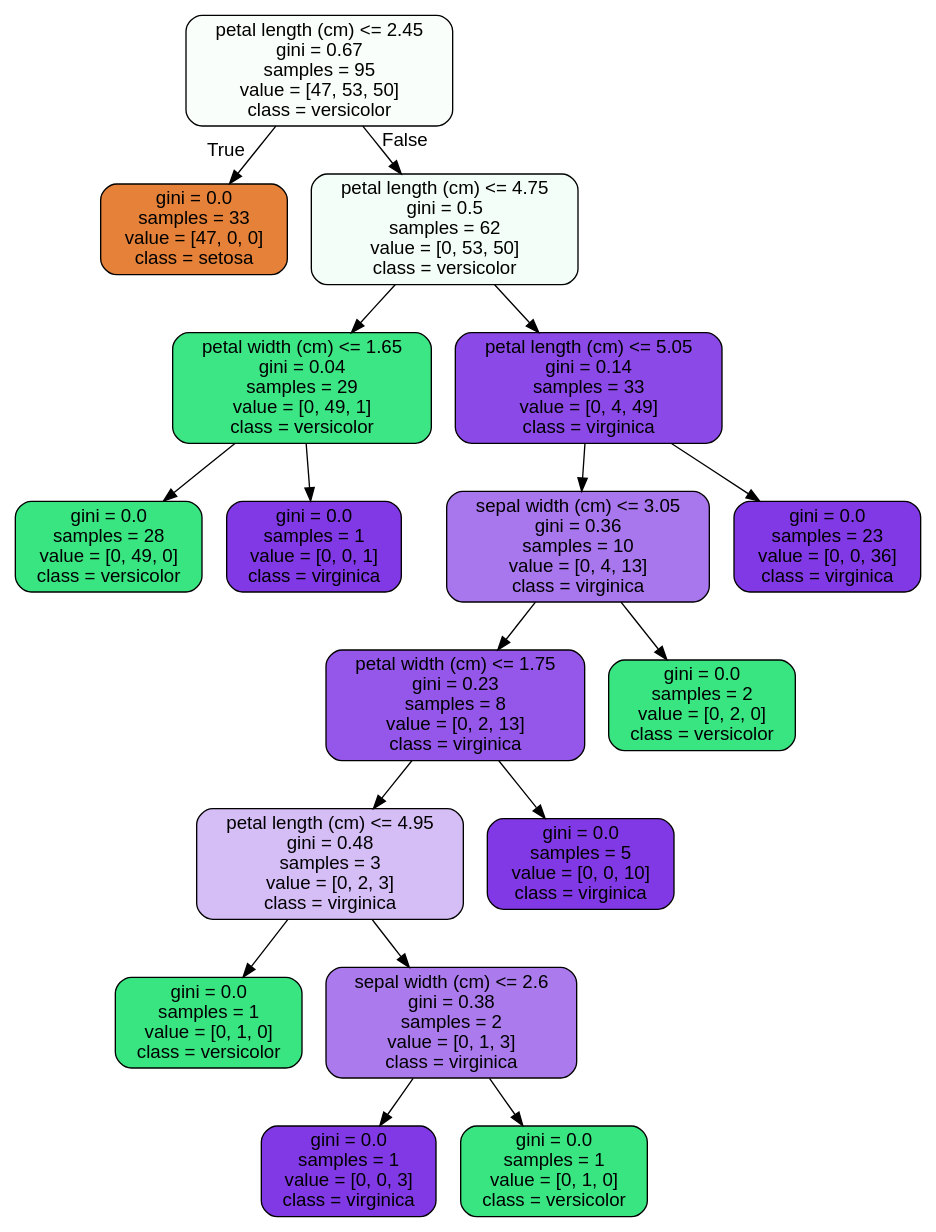
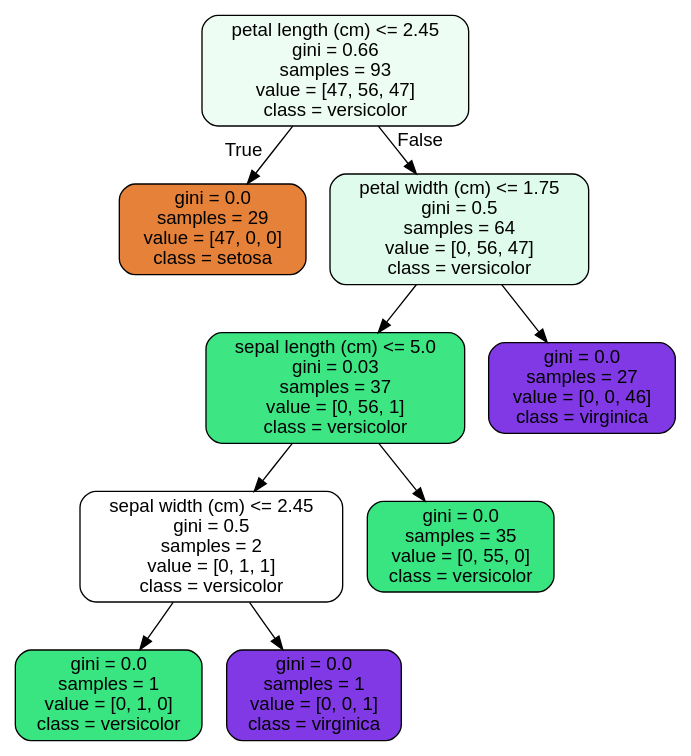
Before and after one commit to Razvanepe/Springboard: the diagram in Case Study 14.4 - Random Forest/RandomForest Covid Case Study_06302020/tree.dot, drawn with Graphviz. The commit also changed 7 other files, not shown here.

```diff
--- a/Case Study 14.4 - Random Forest/RandomForest Covid Case Study_06302020/tree.dot
+++ b/Case Study 14.4 - Random Forest/RandomForest Covid Case Study_06302020/tree.dot
@@ -1,37 +1,21 @@
 digraph Tree {
 node [shape=box, style="filled, rounded", color="black", fontname=helvetica] ;
 edge [fontname=helvetica] ;
-0 [label="petal length (cm) <= 2.45\ngini = 0.67\nsamples = 95\nvalue = [47, 53, 50]\nclass = versicolor", fillcolor="#f9fefb"] ;
-1 [label="gini = 0.0\nsamples = 33\nvalue = [47, 0, 0]\nclass = setosa", fillcolor="#e58139"] ;
+0 [label="petal length (cm) <= 2.45\ngini = 0.66\nsamples = 93\nvalue = [47, 56, 47]\nclass = versicolor", fillcolor="#eefdf4"] ;
+1 [label="gini = 0.0\nsamples = 29\nvalue = [47, 0, 0]\nclass = setosa", fillcolor="#e58139"] ;
 0 -> 1 [labeldistance=2.5, labelangle=45, headlabel="True"] ;
-2 [label="petal length (cm) <= 4.75\ngini = 0.5\nsamples = 62\nvalue = [0, 53, 50]\nclass = versicolor", fillcolor="#f4fef8"] ;
+2 [label="petal width (cm) <= 1.75\ngini = 0.5\nsamples = 64\nvalue = [0, 56, 47]\nclass = versicolor", fillcolor="#dffbeb"] ;
 0 -> 2 [labeldistance=2.5, labelangle=-45, headlabel="False"] ;
-3 [label="petal width (cm) <= 1.65\ngini = 0.04\nsamples = 29\nvalue = [0, 49, 1]\nclass = versicolor", fillcolor="#3de684"] ;
+3 [label="sepal length (cm) <= 5.0\ngini = 0.03\nsamples = 37\nvalue = [0, 56, 1]\nclass = versicolor", fillcolor="#3de583"] ;
 2 -> 3 ;
-4 [label="gini = 0.0\nsamples = 28\nvalue = [0, 49, 0]\nclass = versicolor", fillcolor="#39e581"] ;
+4 [label="sepal width (cm) <= 2.45\ngini = 0.5\nsamples = 2\nvalue = [0, 1, 1]\nclass = versicolor", fillcolor="#ffffff"] ;
 3 -> 4 ;
-5 [label="gini = 0.0\nsamples = 1\nvalue = [0, 0, 1]\nclass = virginica", fillcolor="#8139e5"] ;
-3 -> 5 ;
-6 [label="petal length (cm) <= 5.05\ngini = 0.14\nsamples = 33\nvalue = [0, 4, 49]\nclass = virginica", fillcolor="#8b49e7"] ;
-2 -> 6 ;
-7 [label="sepal width (cm) <= 3.05\ngini = 0.36\nsamples = 10\nvalue = [0, 4, 13]\nclass = virginica", fillcolor="#a876ed"] ;
-6 -> 7 ;
-8 [label="petal width (cm) <= 1.75\ngini = 0.23\nsamples = 8\nvalue = [0, 2, 13]\nclass = virginica", fillcolor="#9457e9"] ;
-7 -> 8 ;
-9 [label="petal length (cm) <= 4.95\ngini = 0.48\nsamples = 3\nvalue = [0, 2, 3]\nclass = virginica", fillcolor="#d5bdf6"] ;
-8 -> 9 ;
-10 [label="gini = 0.0\nsamples = 1\nvalue = [0, 1, 0]\nclass = versicolor", fillcolor="#39e581"] ;
-9 -> 10 ;
-11 [label="sepal width (cm) <= 2.6\ngini = 0.38\nsamples = 2\nvalue = [0, 1, 3]\nclass = virginica", fillcolor="#ab7bee"] ;
-9 -> 11 ;
-12 [label="gini = 0.0\nsamples = 1\nvalue = [0, 0, 3]\nclass = virginica", fillcolor="#8139e5"] ;
-11 -> 12 ;
-13 [label="gini = 0.0\nsamples = 1\nvalue = [0, 1, 0]\nclass = versicolor", fillcolor="#39e581"] ;
-11 -> 13 ;
-14 [label="gini = 0.0\nsamples = 5\nvalue = [0, 0, 10]\nclass = virginica", fillcolor="#8139e5"] ;
-8 -> 14 ;
-15 [label="gini = 0.0\nsamples = 2\nvalue = [0, 2, 0]\nclass = versicolor", fillcolor="#39e581"] ;
-7 -> 15 ;
-16 [label="gini = 0.0\nsamples = 23\nvalue = [0, 0, 36]\nclass = virginica", fillcolor="#8139e5"] ;
-6 -> 16 ;
+5 [label="gini = 0.0\nsamples = 1\nvalue = [0, 1, 0]\nclass = versicolor", fillcolor="#39e581"] ;
+4 -> 5 ;
+6 [label="gini = 0.0\nsamples = 1\nvalue = [0, 0, 1]\nclass = virginica", fillcolor="#8139e5"] ;
+4 -> 6 ;
+7 [label="gini = 0.0\nsamples = 35\nvalue = [0, 55, 0]\nclass = versicolor", fillcolor="#39e581"] ;
+3 -> 7 ;
+8 [label="gini = 0.0\nsamples = 27\nvalue = [0, 0, 46]\nclass = virginica", fillcolor="#8139e5"] ;
+2 -> 8 ;
 }
```
